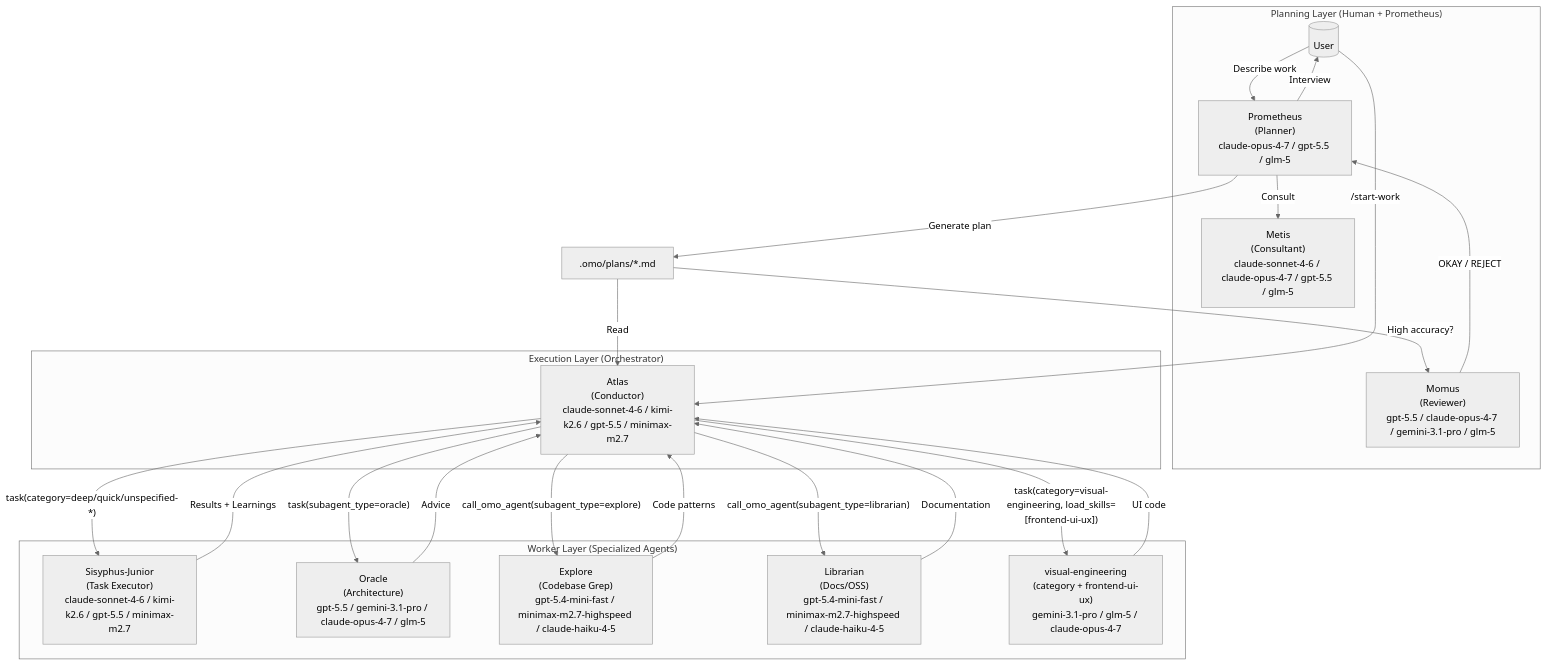
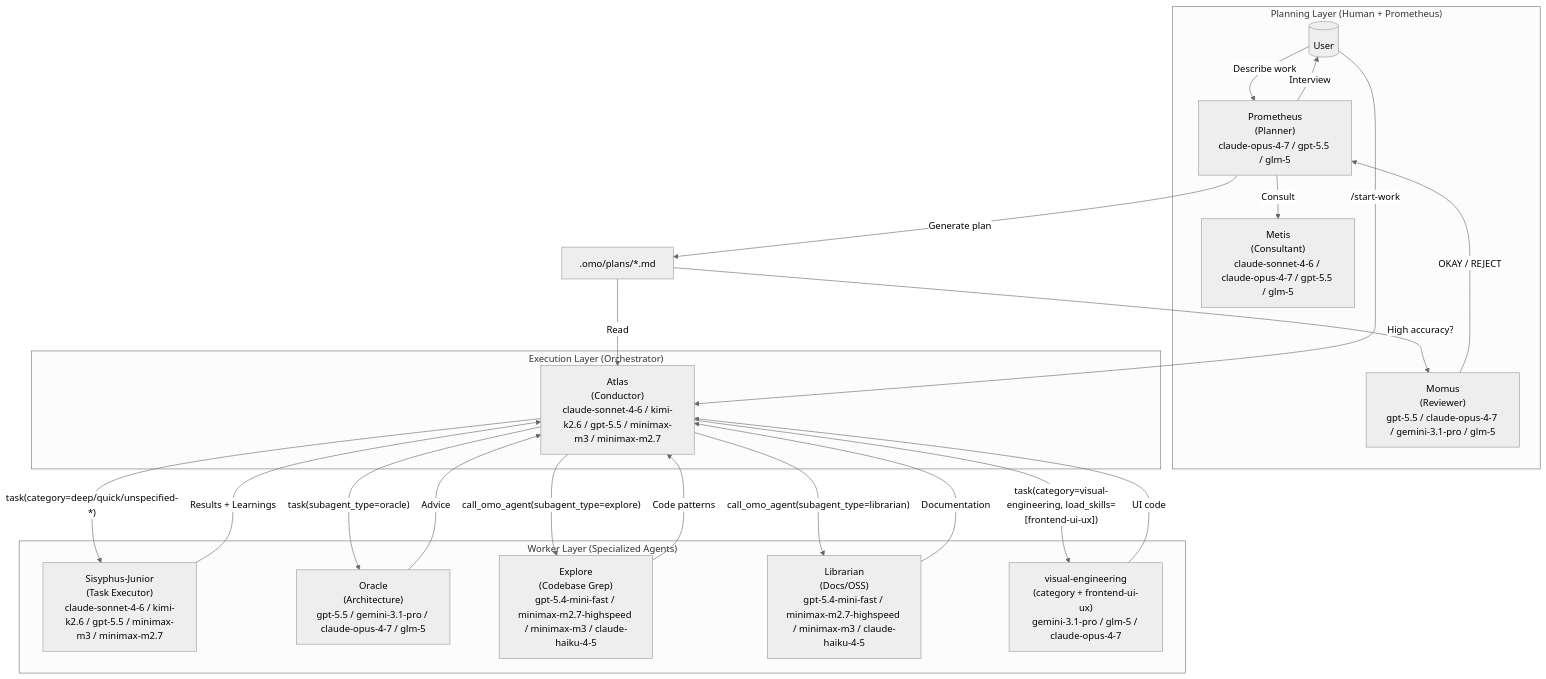
Before and after one commit to code-yeongyu/oh-my-openagent: the first of 3 diagrams in docs/guide/orchestration.md, drawn with Mermaid (neutral theme). The commit also changed other lines of this file and 11 other files, not shown here.

````diff
--- a/docs/guide/orchestration.md
+++ b/docs/guide/orchestration.md
@@ -34,43 +34,43 @@
 ```mermaid
 flowchart TB
     subgraph Planning["Planning Layer (Human + Prometheus)"]
         User[(" User")]
         Prometheus[" Prometheus<br/>(Planner)<br/>claude-opus-4-7 / gpt-5.5 / glm-5"]
         Metis[" Metis<br/>(Consultant)<br/>claude-sonnet-4-6 / claude-opus-4-7 / gpt-5.5 / glm-5"]
         Momus[" Momus<br/>(Reviewer)<br/>gpt-5.5 / claude-opus-4-7 / gemini-3.1-pro / glm-5"]
     end
 
     subgraph Execution["Execution Layer (Orchestrator)"]
-        Orchestrator[" Atlas<br/>(Conductor)<br/>claude-sonnet-4-6 / kimi-k2.6 / gpt-5.5 / minimax-m2.7"]
+        Orchestrator[" Atlas<br/>(Conductor)<br/>claude-sonnet-4-6 / kimi-k2.6 / gpt-5.5 / minimax-m3 / minimax-m2.7"]
     end
 
     subgraph Workers["Worker Layer (Specialized Agents)"]
-        Junior[" Sisyphus-Junior<br/>(Task Executor)<br/>claude-sonnet-4-6 / kimi-k2.6 / gpt-5.5 / minimax-m2.7"]
+        Junior[" Sisyphus-Junior<br/>(Task Executor)<br/>claude-sonnet-4-6 / kimi-k2.6 / gpt-5.5 / minimax-m3 / minimax-m2.7"]
         Oracle[" Oracle<br/>(Architecture)<br/>gpt-5.5 / gemini-3.1-pro / claude-opus-4-7 / glm-5"]
-        Explore[" Explore<br/>(Codebase Grep)<br/>gpt-5.4-mini-fast / minimax-m2.7-highspeed / claude-haiku-4-5"]
-        Librarian[" Librarian<br/>(Docs/OSS)<br/>gpt-5.4-mini-fast / minimax-m2.7-highspeed / claude-haiku-4-5"]
+        Explore[" Explore<br/>(Codebase Grep)<br/>gpt-5.4-mini-fast / minimax-m2.7-highspeed / minimax-m3 / claude-haiku-4-5"]
+        Librarian[" Librarian<br/>(Docs/OSS)<br/>gpt-5.4-mini-fast / minimax-m2.7-highspeed / minimax-m3 / claude-haiku-4-5"]
         Frontend[" visual-engineering<br/>(category + frontend-ui-ux)<br/>gemini-3.1-pro / glm-5 / claude-opus-4-7"]
     end
 
     User -->|"Describe work"| Prometheus
     Prometheus -->|"Consult"| Metis
     Prometheus -->|"Interview"| User
     Prometheus -->|"Generate plan"| Plan[".omo/plans/*.md"]
     Plan -->|"High accuracy?"| Momus
     Momus -->|"OKAY / REJECT"| Prometheus
 
     User -->|"/start-work"| Orchestrator
     Plan -->|"Read"| Orchestrator
 
     Orchestrator -->|"task(category=deep/quick/unspecified-*)"| Junior
     Orchestrator -->|"task(subagent_type=oracle)"| Oracle
     Orchestrator -->|"call_omo_agent(subagent_type=explore)"| Explore
     Orchestrator -->|"call_omo_agent(subagent_type=librarian)"| Librarian
     Orchestrator -->|"task(category=visual-engineering, load_skills=[frontend-ui-ux])"| Frontend
 
     Junior -->|"Results + Learnings"| Orchestrator
     Oracle -->|"Advice"| Orchestrator
     Explore -->|"Code patterns"| Orchestrator
     Librarian -->|"Documentation"| Orchestrator
     Frontend -->|"UI code"| Orchestrator
 ```
````
